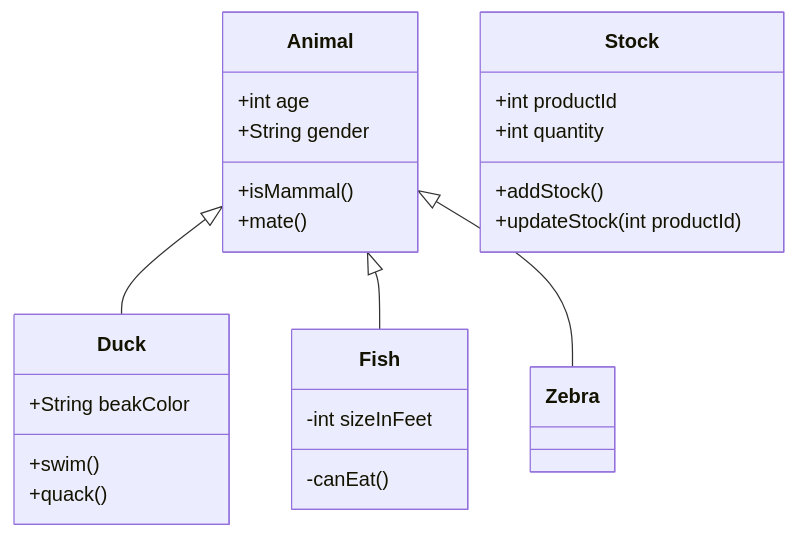
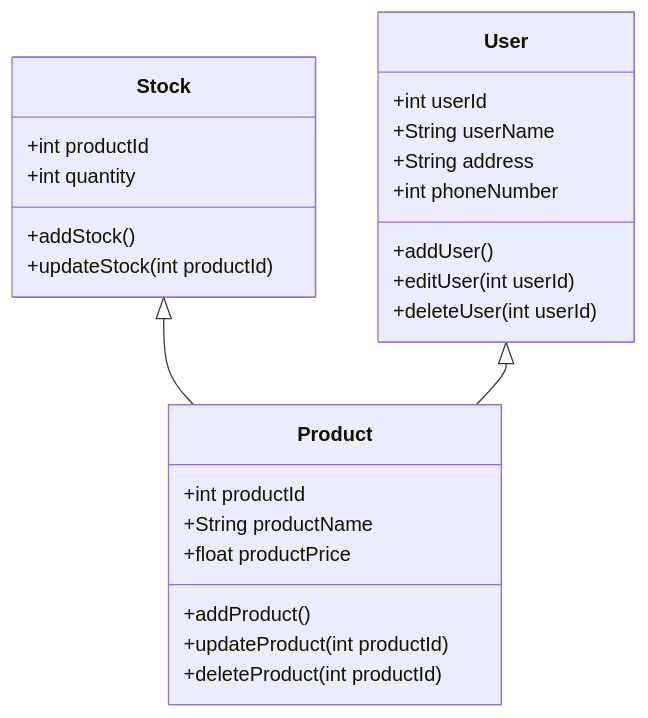
Before and after one commit to msaf9/stock-management-system: the diagram in classDiagram.md, drawn with Mermaid.

Commit message:
WIP: Class diagram implementation

````diff
--- a/classDiagram.md
+++ b/classDiagram.md
@@ -1,25 +1,29 @@
 ```mermaid
 classDiagram
-      Animal <|-- Duck
-      Animal <|-- Fish
-      Animal <|-- Zebra
-      Animal : +int age
-      Animal : +String gender
-      Animal: +isMammal()
-      Animal: +mate()
-      class Duck{
-          +String beakColor
-          +swim()
-          +quack()
-      }
-      class Fish{
-          -int sizeInFeet
-          -canEat()
-      }
+      Stock <|-- Product
+      User <|-- Product
+      
       class Stock{
           +int productId
           +int quantity
           +addStock()
           +updateStock(int productId)
       }
+      class Product{
+          +int productId
+          +String productName
+          +float productPrice 
+          +addProduct()
+          +updateProduct(int productId)
+          +deleteProduct(int productId)
+      }
+      class User{
+          +int userId
+          +String userName
+          +String address
+          +int phoneNumber
+          +addUser()
+          +editUser(int userId)
+          +deleteUser(int userId)
+      }
 ```
````
